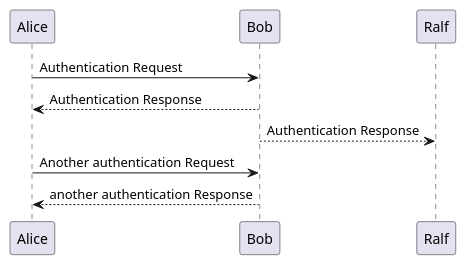
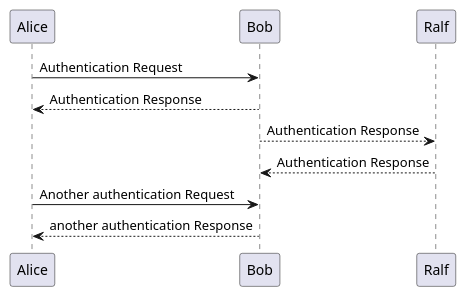
Before and after one commit to rk3/web: the first of 2 diagrams in _posts/2022-12-07-PlantUMLJekyllTest.md, drawn with PlantUML. The commit also changed other lines of this file and 1 other file, not shown here.

```diff
--- a/_posts/2022-12-07-PlantUMLJekyllTest.md
+++ b/_posts/2022-12-07-PlantUMLJekyllTest.md
@@ -16,8 +16,9 @@
 {% plantuml %}
 Alice -> Bob: Authentication Request
 Bob --> Alice: Authentication Response
 Bob --> Ralf: Authentication Response
+Ralf --> Bob: Authentication Response
 
 Alice -> Bob: Another authentication Request
 Alice <-- Bob: another authentication Response
 {% endplantuml %}
```
